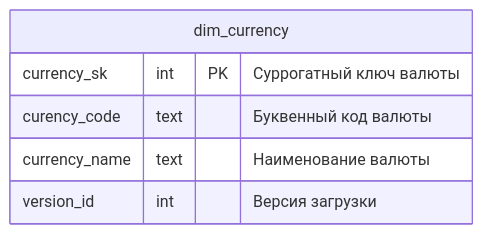
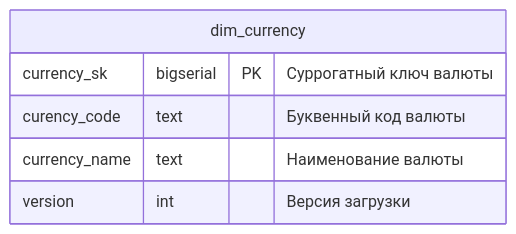
Before and after one commit to vgorbikov/dq-practice: the fifth of 9 diagrams in docs/db_schema/Базовые ввитрины.md, drawn with Mermaid. The commit also changed other lines of this file and 2 other files, not shown here.

Commit message:
fix db schema

````diff
--- a/docs/db_schema/Базовые ввитрины.md
+++ b/docs/db_schema/Базовые ввитрины.md
@@ -121,10 +124,10 @@
 ```mermaid
 erDiagram
 
 dim_currency {
-    currency_sk int PK "Суррогатный ключ валюты"
+    currency_sk bigserial PK "Суррогатный ключ валюты"
     curency_code text "Буквенный код валюты"
     currency_name text "Наименование валюты"
-    version_id int "Версия загрузки"
+    version int "Версия загрузки"
 }
 ```
````
